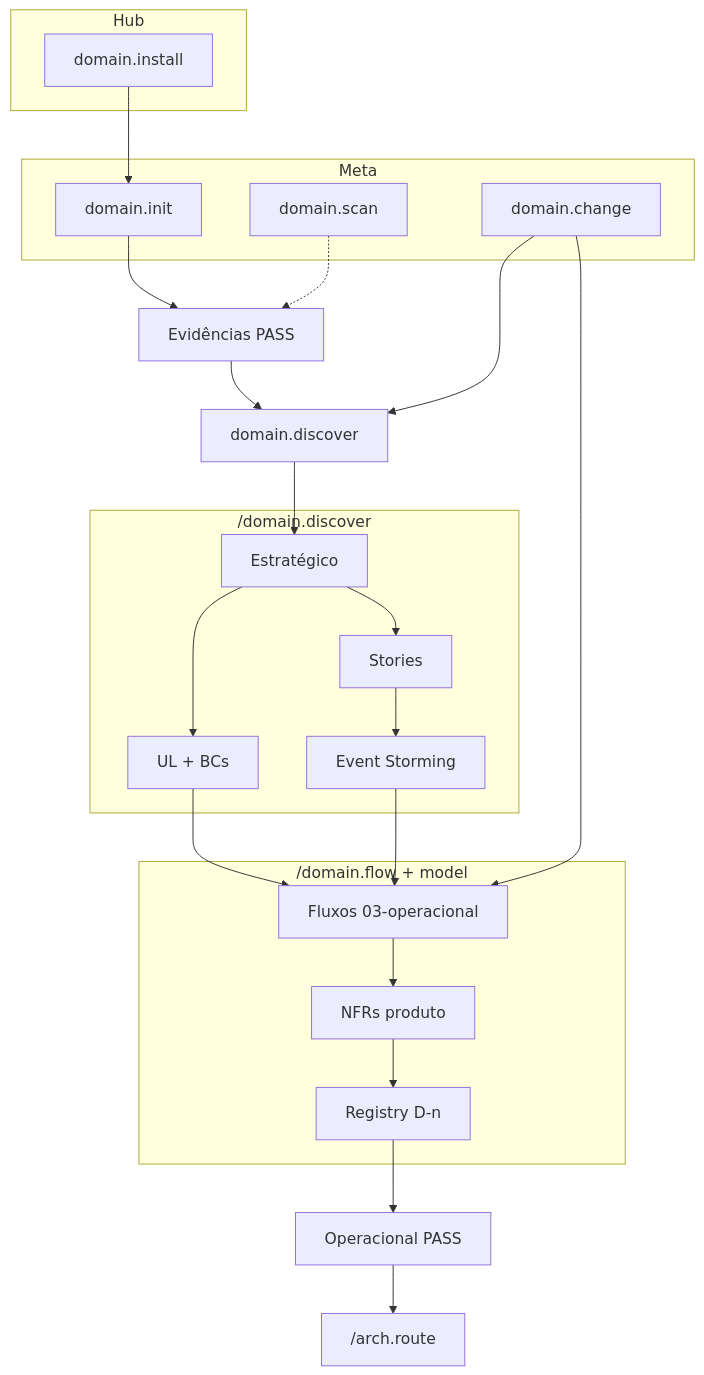
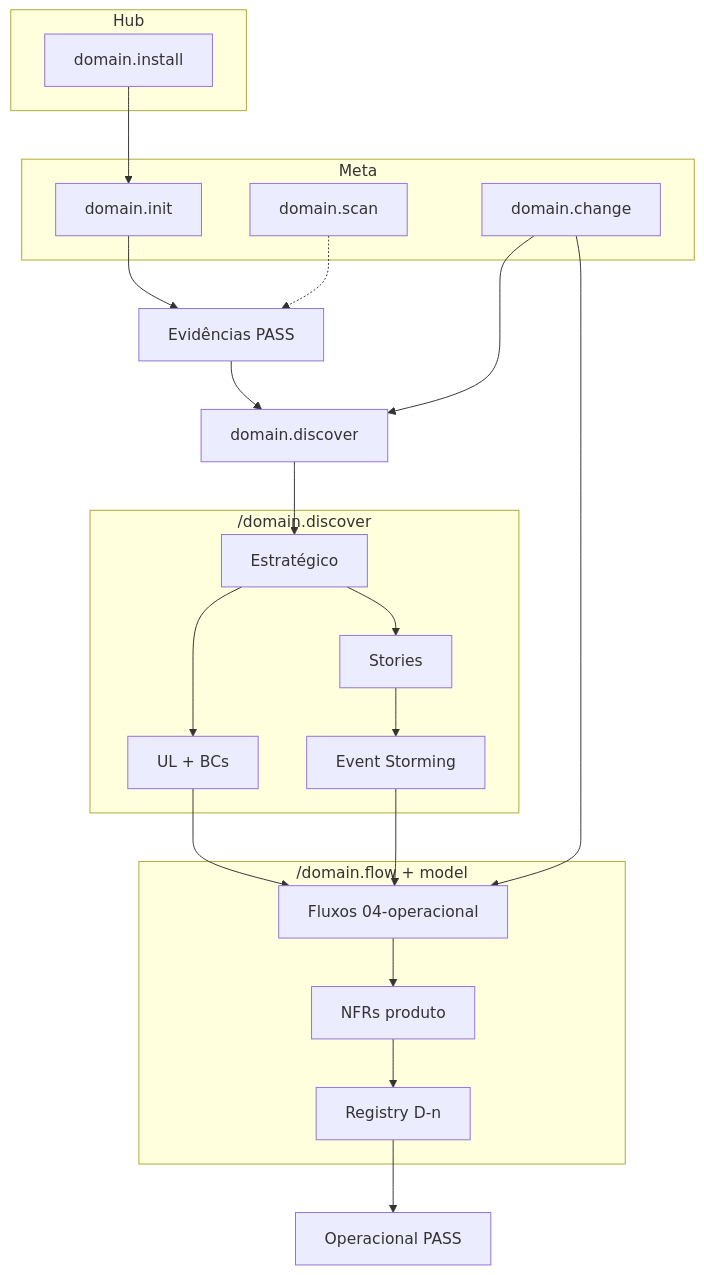
One commit to DudaMoresco/work-kit changed the diagram in domain-kit/references/pipeline.md. Above: the diagram before and after it, drawn with Mermaid. The commit also changed other lines of this file and 94 other files, not shown here.

````diff
--- a/domain-kit/references/pipeline.md
+++ b/domain-kit/references/pipeline.md
@@ -34,38 +34,37 @@
 ```mermaid
 flowchart TB
   subgraph hub [Hub]
     INS[domain.install]
   end
   subgraph meta [Meta]
     INIT[domain.init]
     SCAN[domain.scan]
     CHG[domain.change]
   end
   subgraph discover ["/domain.discover"]
     S1[Estratégico]
     S2[Stories]
     S5[Event Storming]
     S3[UL + BCs]
   end
   subgraph operacional ["/domain.flow + model"]
-    FL[Fluxos 03-operacional]
+    FL[Fluxos 04-operacional]
     NFR[NFRs produto]
     REG[Registry D-n]
   end
   INS --> INIT
   INIT --> EV[Evidências PASS]
   SCAN -.-> EV
   EV --> DISC[domain.discover]
   CHG --> DISC
   CHG --> FL
   DISC --> S1
   S1 --> S3
   S1 --> S2
   S2 --> S5
   S3 --> FL
   S5 --> FL
   FL --> NFR
   NFR --> REG
   REG --> OP[Operacional PASS]
-  OP --> ARCH["/arch.route"]
 ```
````
